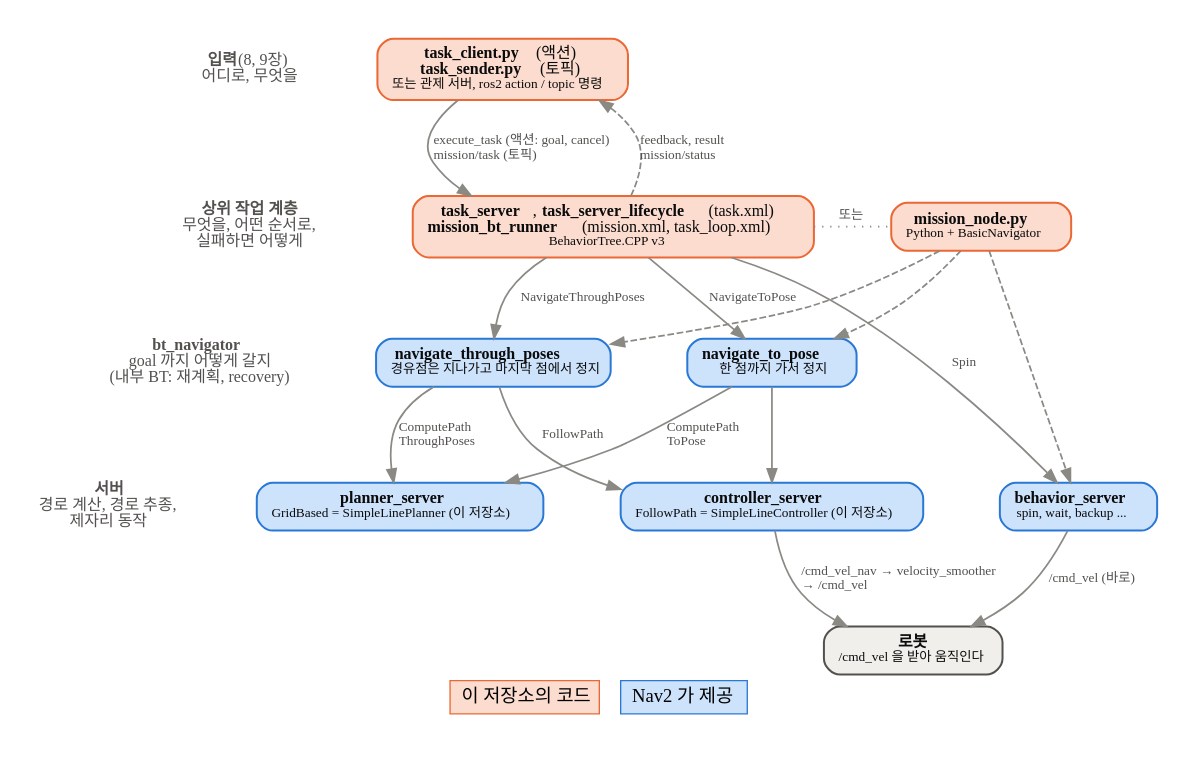
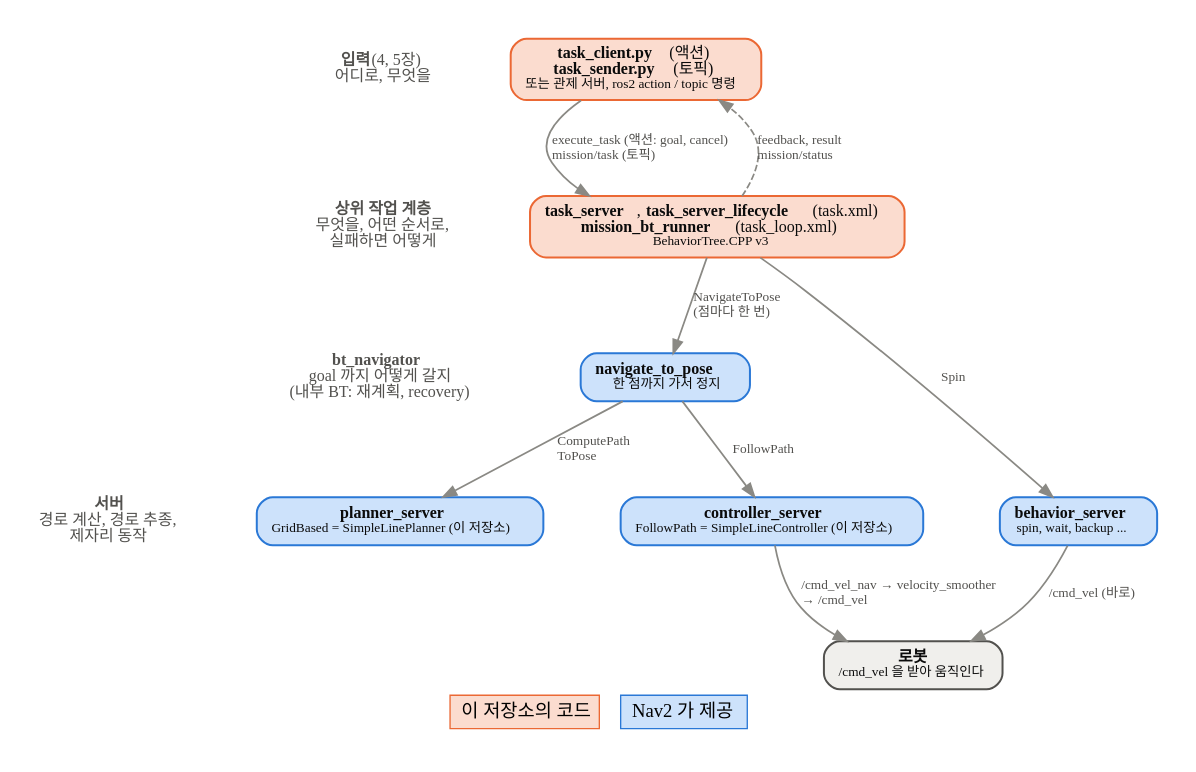
The diagram in bt_navigator/bt_mission/doc/layers.dot (1-roro/nav2_dwb), drawn with Graphviz before and after one commit. The commit also changed 25 other files, not shown here.

First line of the commit message:
Move the fixed-point mission example into bt_fixed_mission

```diff
--- a/bt_navigator/bt_mission/doc/layers.dot
+++ b/bt_navigator/bt_mission/doc/layers.dot
@@ -1,65 +1,54 @@
 // 미션 BT 가 Nav2 의 어디에 붙는지 (dot -Tpng -Gdpi=110 layers.dot -o layers.png)
 digraph layers {
   graph [rankdir=TB, fontname="NanumGothic", bgcolor="white", pad=0.3, nodesep=0.4, ranksep=0.7,
          newrank=true, labelloc=b, label=<<table border="0" cellspacing="0" cellpadding="4"><tr>
            <td bgcolor="#fbdccf" border="1" color="#eb6834">&nbsp;이 저장소의 코드&nbsp;</td><td>&nbsp;&nbsp;</td>
            <td bgcolor="#cde2fb" border="1" color="#2a78d6">&nbsp;Nav2 가 제공&nbsp;</td></tr></table>>];
   node [shape=box, style="rounded,filled", fontname="NanumGothic", fontsize=12, fontcolor="#0b0b0b",
         penwidth=1.5, margin="0.15,0.08"];
   edge [color="#8a8984", penwidth=1.3, fontname="NanumGothic", fontsize=10, fontcolor="#52514e"];
 
   // 왼쪽 열: 계층 이름
   node [shape=plaintext, style="", fontsize=12, fontcolor="#52514e", margin=0];
-  L0 [label=<<b>입력</b> (8, 9장)<br/>어디로, 무엇을>];
+  L0 [label=<<b>입력</b> (4, 5장)<br/>어디로, 무엇을>];
   L1 [label=<<b>상위 작업 계층</b><br/>무엇을, 어떤 순서로,<br/>실패하면 어떻게>];
   L2 [label=<<b>bt_navigator</b><br/>goal 까지 어떻게 갈지<br/>(내부 BT: 재계획, recovery)>];
   L3 [label=<<b>서버</b><br/>경로 계산, 경로 추종,<br/>제자리 동작>];
   L4 [label=""];
   L0 -> L1 -> L2 -> L3 -> L4 [style=invis];
 
   node [shape=box, style="rounded,filled", fontsize=12, fontcolor="#0b0b0b", margin="0.15,0.08"];
   ts [label=<<b>task_client.py</b> (액션)<br/><b>task_sender.py</b> (토픽)<br/><font point-size="10">또는 관제 서버, ros2 action / topic 명령</font>>,
       fillcolor="#fbdccf", color="#eb6834"];
-  bt [label=<<b>task_server</b>, <b>task_server_lifecycle</b>  (task.xml)<br/><b>mission_bt_runner</b>  (mission.xml, task_loop.xml)<br/><font point-size="10">BehaviorTree.CPP v3</font>>,
+  bt [label=<<b>task_server</b>, <b>task_server_lifecycle</b>  (task.xml)<br/><b>mission_bt_runner</b>  (task_loop.xml)<br/><font point-size="10">BehaviorTree.CPP v3</font>>,
       fillcolor="#fbdccf", color="#eb6834"];
-  py [label=<<b>mission_node.py</b><br/><font point-size="10">Python + BasicNavigator</font>>,
-      fillcolor="#fbdccf", color="#eb6834"];
-  ntp [label=<<b>navigate_through_poses</b><br/><font point-size="10">경유점은 지나가고 마지막 점에서 정지</font>>,
-       fillcolor="#cde2fb", color="#2a78d6"];
   nt [label=<<b>navigate_to_pose</b><br/><font point-size="10">한 점까지 가서 정지</font>>,
       fillcolor="#cde2fb", color="#2a78d6"];
   planner [label=<<b>planner_server</b><br/><font point-size="10">GridBased = SimpleLinePlanner (이 저장소)</font>>,
            fillcolor="#cde2fb", color="#2a78d6"];
   controller [label=<<b>controller_server</b><br/><font point-size="10">FollowPath = SimpleLineController (이 저장소)</font>>,
               fillcolor="#cde2fb", color="#2a78d6"];
   behavior [label=<<b>behavior_server</b><br/><font point-size="10">spin, wait, backup ...</font>>,
             fillcolor="#cde2fb", color="#2a78d6"];
   robot [label=<<b>로봇</b><br/><font point-size="10">/cmd_vel 을 받아 움직인다</font>>,
          fillcolor="#f0efec", color="#52514e"];
 
   {rank=same; L0; ts}
-  {rank=same; L1; bt; py}
-  {rank=same; L2; ntp; nt}
+  {rank=same; L1; bt}
+  {rank=same; L2; nt}
   {rank=same; L3; planner; controller; behavior}
   {rank=same; L4; robot}
   L0 -> ts [style=invis];
   L1 -> bt [style=invis];
-  bt -> py [arrowhead=none, style=dotted, label="  또는  "];
-  L2 -> ntp -> nt [style=invis];
+  L2 -> nt [style=invis];
   L3 -> planner -> controller -> behavior [style=invis];
 
   ts -> bt [label=" execute_task (액션: goal, cancel)\l mission/task (토픽)\l"];
   bt -> ts [style=dashed, label=" feedback, result\l mission/status\l"];
-  bt -> ntp [label=" NavigateThroughPoses"];
-  bt -> nt [label=" NavigateToPose"];
-  py -> ntp [style=dashed];
-  py -> nt [style=dashed];
+  bt -> nt [label=" NavigateToPose\l (점마다 한 번)\l"];
   bt -> behavior [label=" Spin"];
-  py -> behavior [style=dashed];
-  ntp -> planner [label=" ComputePath\l ThroughPoses\l"];
   nt -> planner [label=" ComputePath\l ToPose\l"];
-  ntp -> controller [label=" FollowPath"];
-  nt -> controller;
+  nt -> controller [label=" FollowPath"];
   controller -> robot [label=" /cmd_vel_nav → velocity_smoother\l → /cmd_vel\l"];
   behavior -> robot [label=" /cmd_vel (바로)"];
 }
```
